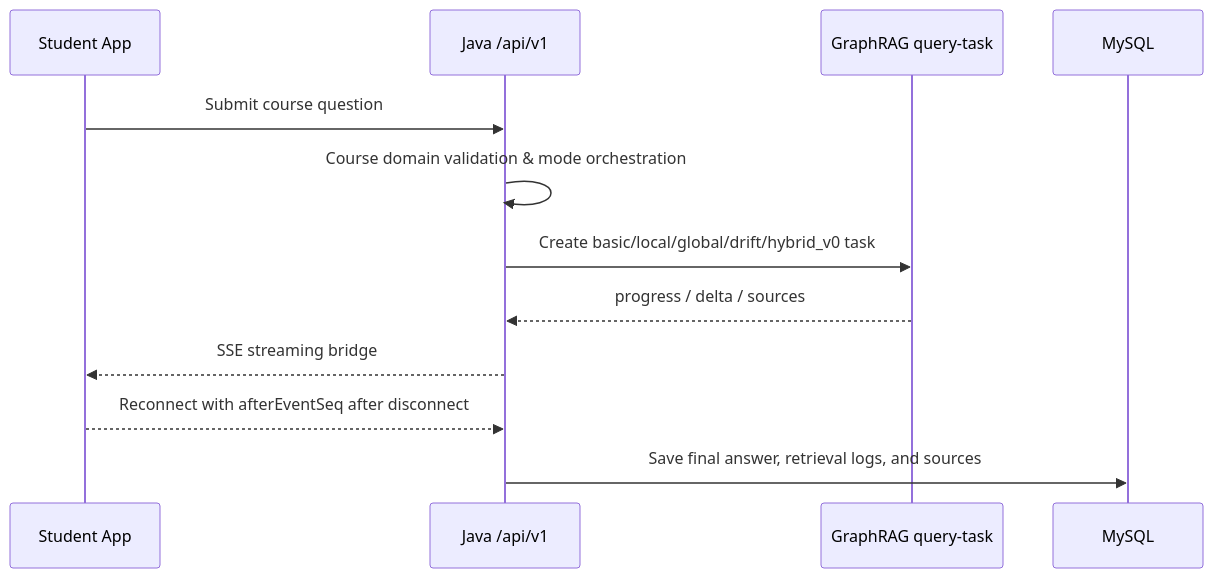
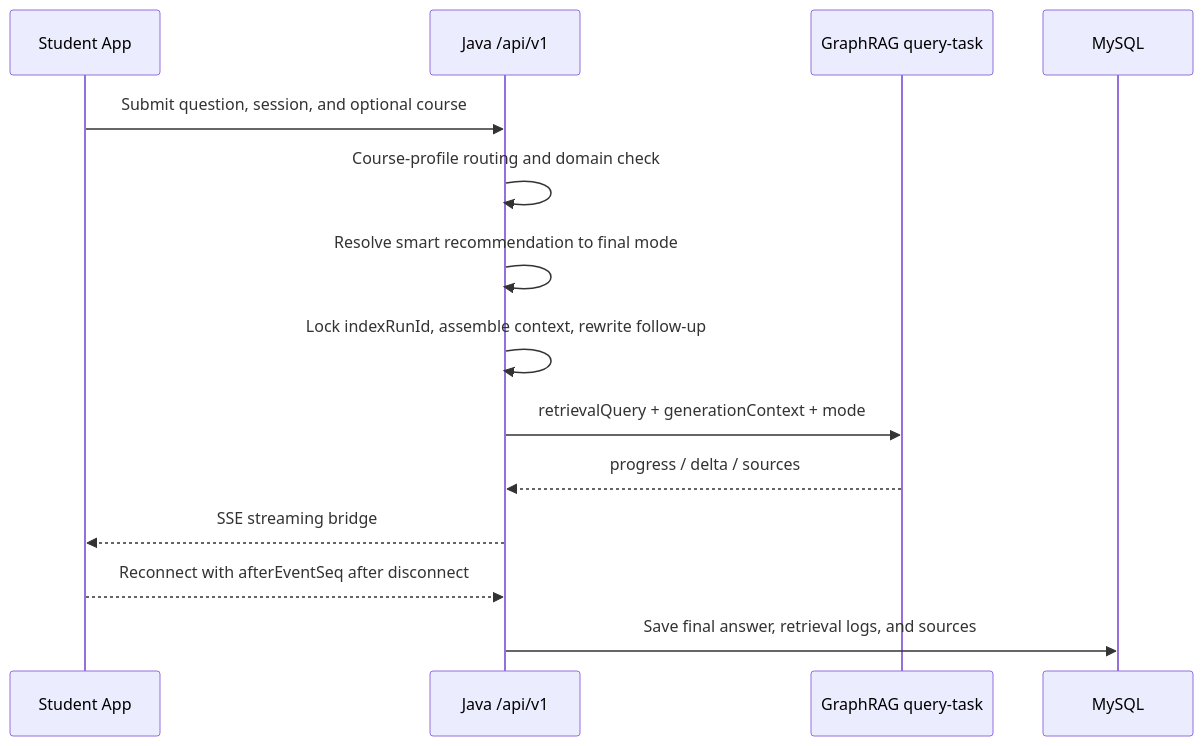
Before and after one commit to HardyLiu6/ckqa: the third of 4 diagrams in README.en.md, drawn with Mermaid. The commit also changed other lines of this file and 1 other file, not shown here.

````diff
--- a/README.en.md
+++ b/README.en.md
@@ -107,14 +113,16 @@
 ```mermaid
 sequenceDiagram
   participant S as Student App
   participant J as Java /api/v1
   participant P as GraphRAG query-task
   participant M as MySQL
-  S->>J: Submit course question
-  J->>J: Course domain validation & mode orchestration
-  J->>P: Create basic/local/global/drift/hybrid_v0 task
+  S->>J: Submit question, session, and optional course
+  J->>J: Course-profile routing and domain check
+  J->>J: Resolve smart recommendation to final mode
+  J->>J: Lock indexRunId, assemble context, rewrite follow-up
+  J->>P: retrievalQuery + generationContext + mode
   P-->>J: progress / delta / sources
   J-->>S: SSE streaming bridge
   S-->>J: Reconnect with afterEventSeq after disconnect
   J->>M: Save final answer, retrieval logs, and sources
 ```
````
